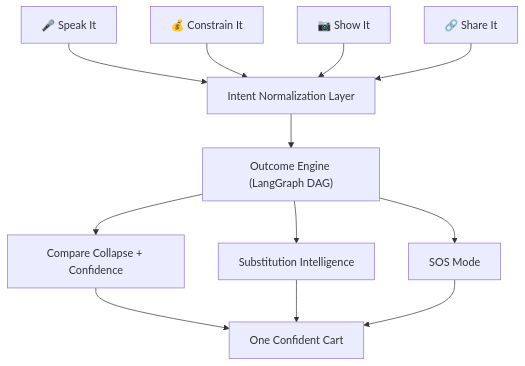
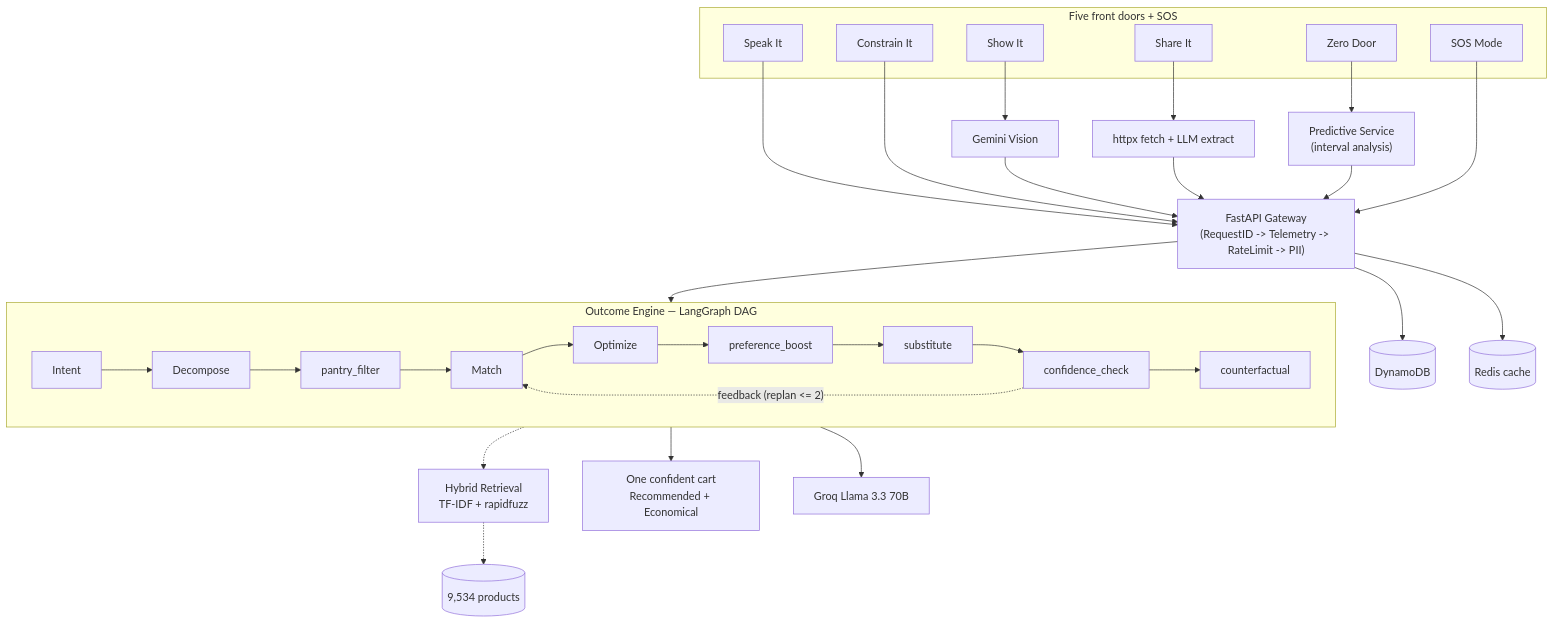
One commit to Strizzyy/NowCart changed the first of 2 diagrams in README.md. Above: the diagram before and after it, drawn with Mermaid. The commit also changed other lines of this file and 2 other files, not shown here.

Commit message:
refined readme and system architecture

````diff
--- a/README.md
+++ b/README.md
@@ -109,24 +143,39 @@
 ```mermaid
-flowchart TD
-    Speak["🎤 Speak It"]
-    Constrain["💰 Constrain It"]
-    Show["📷 Show It"]
-    Share["🔗 Share It"]
+flowchart TB
+    subgraph Doors["Five front doors + SOS"]
+        Speak["Speak It"]
+        Constrain["Constrain It"]
+        Show["Show It"]
+        Share["Share It"]
+        Zero["Zero Door"]
+        SOS["SOS Mode"]
+    end
 
-    Speak --> Intent
-    Constrain --> Intent
-    Show --> Intent
-    Share --> Intent
+    Speak --> API
+    Constrain --> API
+    Show --> Vision["Gemini Vision"] --> API
+    Share --> Fetch["httpx fetch + LLM extract"] --> API
+    Zero --> Predict["Predictive Service<br/>(interval analysis)"] --> API
+    SOS --> API
 
-    Intent["Intent Normalization Layer"]
+    API["FastAPI Gateway<br/>(RequestID -> Telemetry -> RateLimit -> PII)"]
 
-    Intent --> Engine["Outcome Engine (LangGraph DAG)"]
+    API --> Engine
 
-    Engine --> Compare["Compare Collapse + Confidence"]
-    Engine --> Substitute["Substitution Intelligence"]
-    Engine --> SOS["SOS Mode"]
+    subgraph Engine["Outcome Engine — LangGraph DAG"]
+        direction LR
+        Intent --> Decompose --> Pantry["pantry_filter"] --> Match
+        Match --> Optimize --> Pref["preference_boost"] --> Sub["substitute"]
+        Sub --> Conf["confidence_check"] --> CF["counterfactual"]
+        Conf -. "feedback (replan <= 2)" .-> Match
+    end
 
-    Compare --> Cart["One Confident Cart"]
-    Substitute --> Cart
-    SOS --> Cart
+    Match -.-> Retrieval["Hybrid Retrieval<br/>TF-IDF + rapidfuzz"]
+    Retrieval -.-> Catalog[("9,534 products")]
+
+    Engine --> Cart["One confident cart<br/>Recommended + Economical"]
+
+    Engine --> Groq["Groq Llama 3.3 70B"]
+    API --> DynamoDB[("DynamoDB")]
+    API --> Redis[("Redis cache")]
 ```
````
